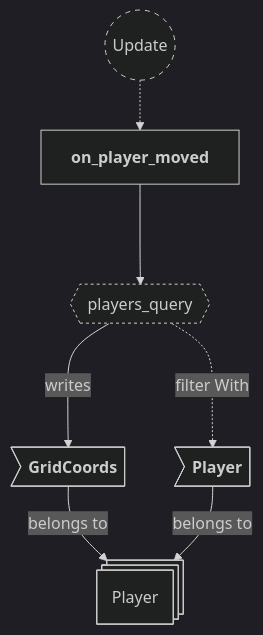
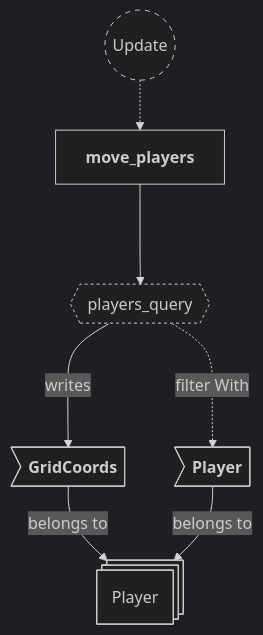
Before and after one commit to neurosoup/tyled: the third of 3 diagrams in backlog/docs/doc-4 - 003-Movements-plugin.md, drawn with Mermaid. The commit also changed other lines of this file and 11 other files, not shown here.

````diff
--- a/backlog/docs/doc-4 - 003-Movements-plugin.md
+++ b/backlog/docs/doc-4 - 003-Movements-plugin.md
@@ -140,26 +91,26 @@
 ```mermaid
 ---
 config:
   theme: dark
 ---
 
 flowchart TD
 classDef system-group stroke-dasharray: 5 5
 classDef query stroke-dasharray: 3 3
 
 update(("`Update`")):::system-group
-on_player_moved["`**on_player_moved**`"]
+move_players["`**move_players**`"]
 
-update -.-> on_player_moved
+update -.-> move_players
 
 players_query{{"`players_query`"}}:::query
-on_player_moved ---> players_query
+move_players ---> players_query
 
 player_entity@{ shape: st-rect, label: "Player" }
 
 pe_grid_coords>"`**GridCoords**`"] --> |belongs to| player_entity
 pe_player_marker>"`**Player**`"] --> |belongs to| player_entity
 
 players_query ---> |writes| pe_grid_coords
 players_query -..-> |filter With| pe_player_marker
 ```
````
